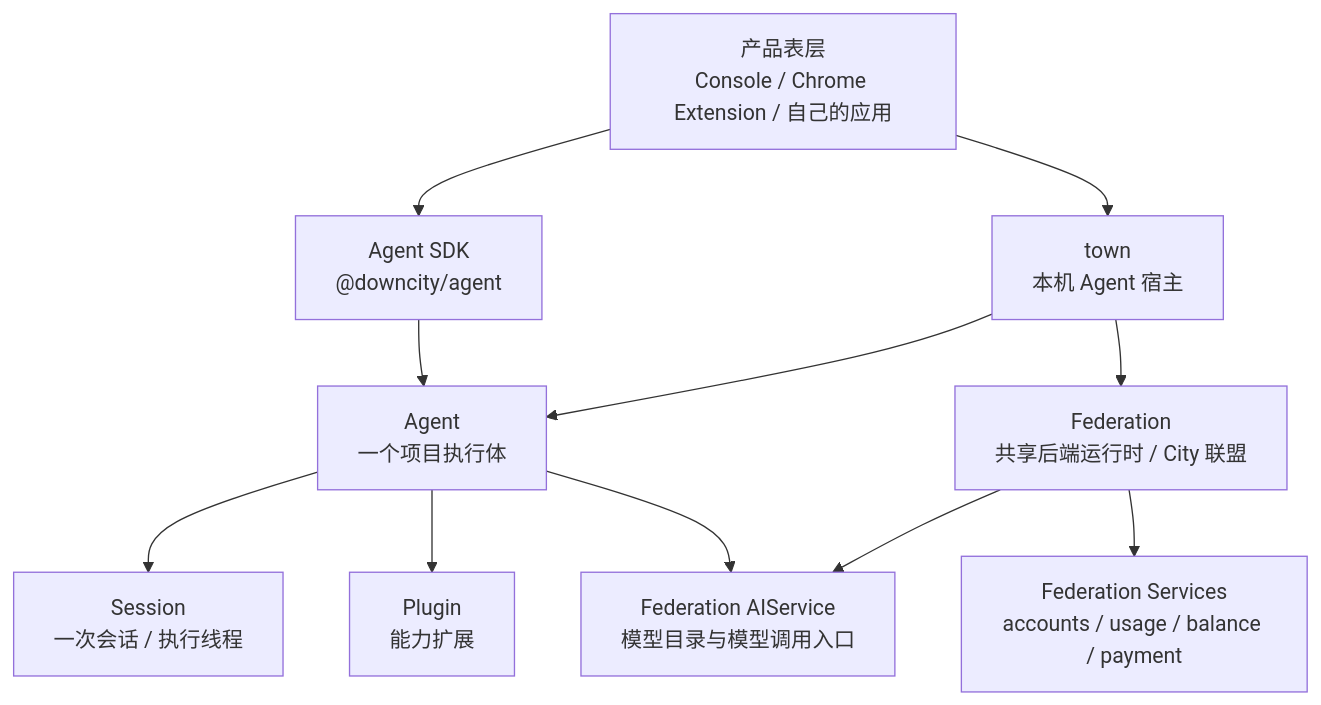
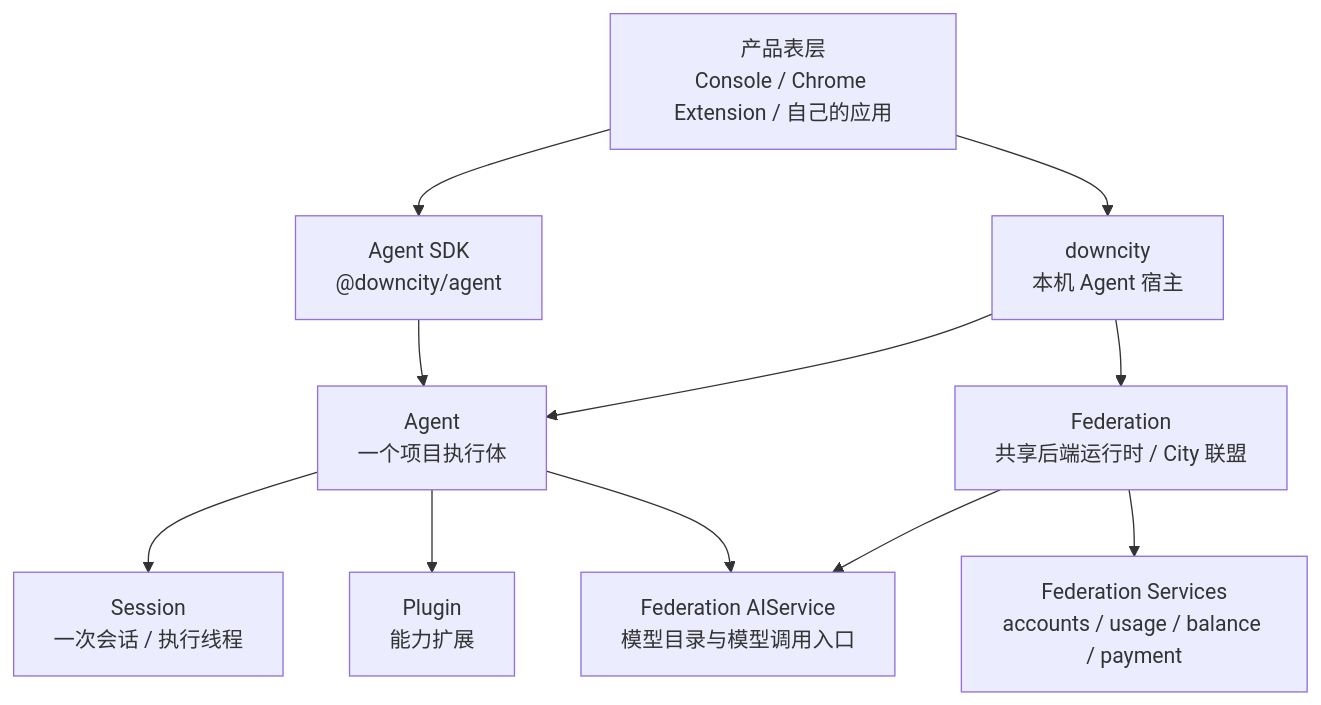
Before and after one commit to wangenius/downcity: the diagram in homepage/content/docs/zh/concepts/downcity-core-concepts.mdx, drawn with Mermaid. The commit also changed other lines of this file and 1267 other files, not shown here.

First line of the commit message:
refactor(agent,cli,homepage): 统一代码注释与文档术语 town → downcity/city

````diff
--- a/homepage/content/docs/zh/concepts/downcity-core-concepts.mdx
+++ b/homepage/content/docs/zh/concepts/downcity-core-concepts.mdx
@@ -14,13 +14,13 @@
 ```mermaid
 flowchart TD
-  Product["产品表层<br/>Console / Chrome Extension / 自己的应用"] --> Town["town<br/>本机 Agent 宿主"]
+  Product["产品表层<br/>Console / Chrome Extension / 自己的应用"] --> Downcity["downcity<br/>本机 Agent 宿主"]
   Product --> AgentSdk["Agent SDK<br/>@downcity/agent"]
-  Town --> Agent["Agent<br/>一个项目执行体"]
+  Downcity --> Agent["Agent<br/>一个项目执行体"]
   AgentSdk --> Agent
   Agent --> Session["Session<br/>一次会话 / 执行线程"]
   Agent --> Plugin["Plugin<br/>能力扩展"]
-  Town --> Federation["Federation<br/>共享后端运行时 / City 联盟"]
+  Downcity --> Federation["Federation<br/>共享后端运行时 / City 联盟"]
   Federation --> AIService["Federation AIService<br/>模型目录与模型调用入口"]
   Federation --> Service["Federation Services<br/>accounts / usage / balance / payment"]
   Agent --> AIService
 ```
````
